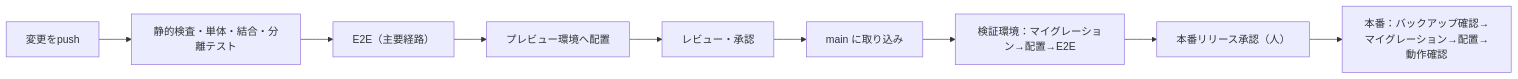
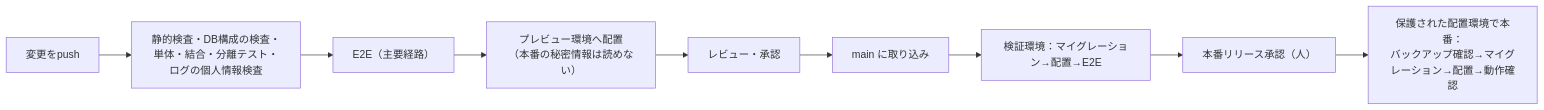
The diagram in ai-facility-partner/docs/development/deployment-guide.md (mao726/company), drawn with Mermaid before and after one commit. The commit also changed other lines of this file and 22 other files, not shown here.

````diff
--- a/ai-facility-partner/docs/development/deployment-guide.md
+++ b/ai-facility-partner/docs/development/deployment-guide.md
@@ -47,11 +53,11 @@
 ```mermaid
 flowchart LR
-  A[変更をpush] --> B[静的検査・単体・結合・分離テスト]
+  A[変更をpush] --> B[静的検査・DB構成の検査・単体・結合・分離テスト・ログの個人情報検査]
   B --> C[E2E（主要経路）]
-  C --> D[プレビュー環境へ配置]
+  C --> D[プレビュー環境へ配置<br/>（本番の秘密情報は読めない）]
   D --> E[レビュー・承認]
   E --> F[main に取り込み]
   F --> G[検証環境：マイグレーション→配置→E2E]
   G --> H[本番リリース承認（人）]
-  H --> I[本番：バックアップ確認→マイグレーション→配置→動作確認]
+  H --> I[保護された配置環境で本番：<br/>バックアップ確認→マイグレーション→配置→動作確認]
 ```
````
